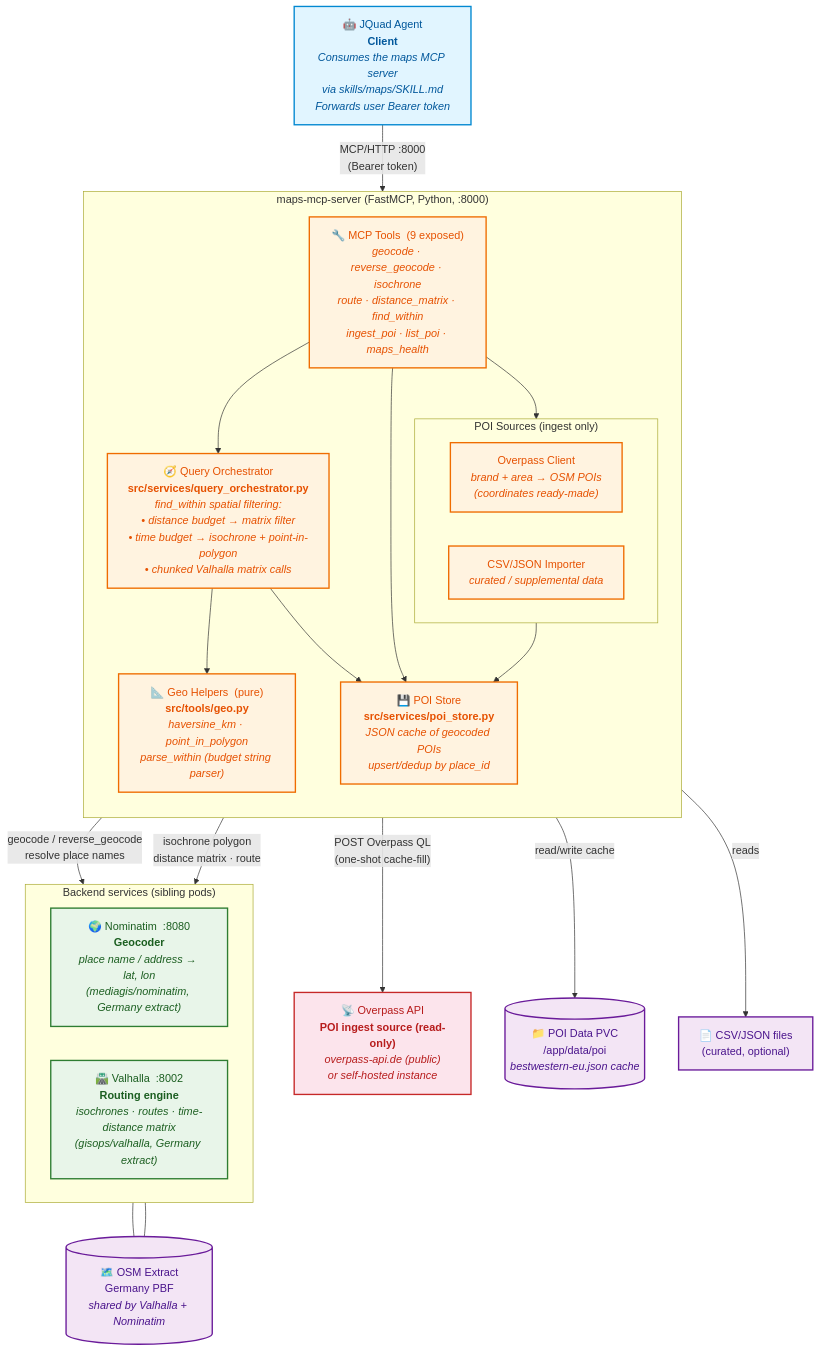
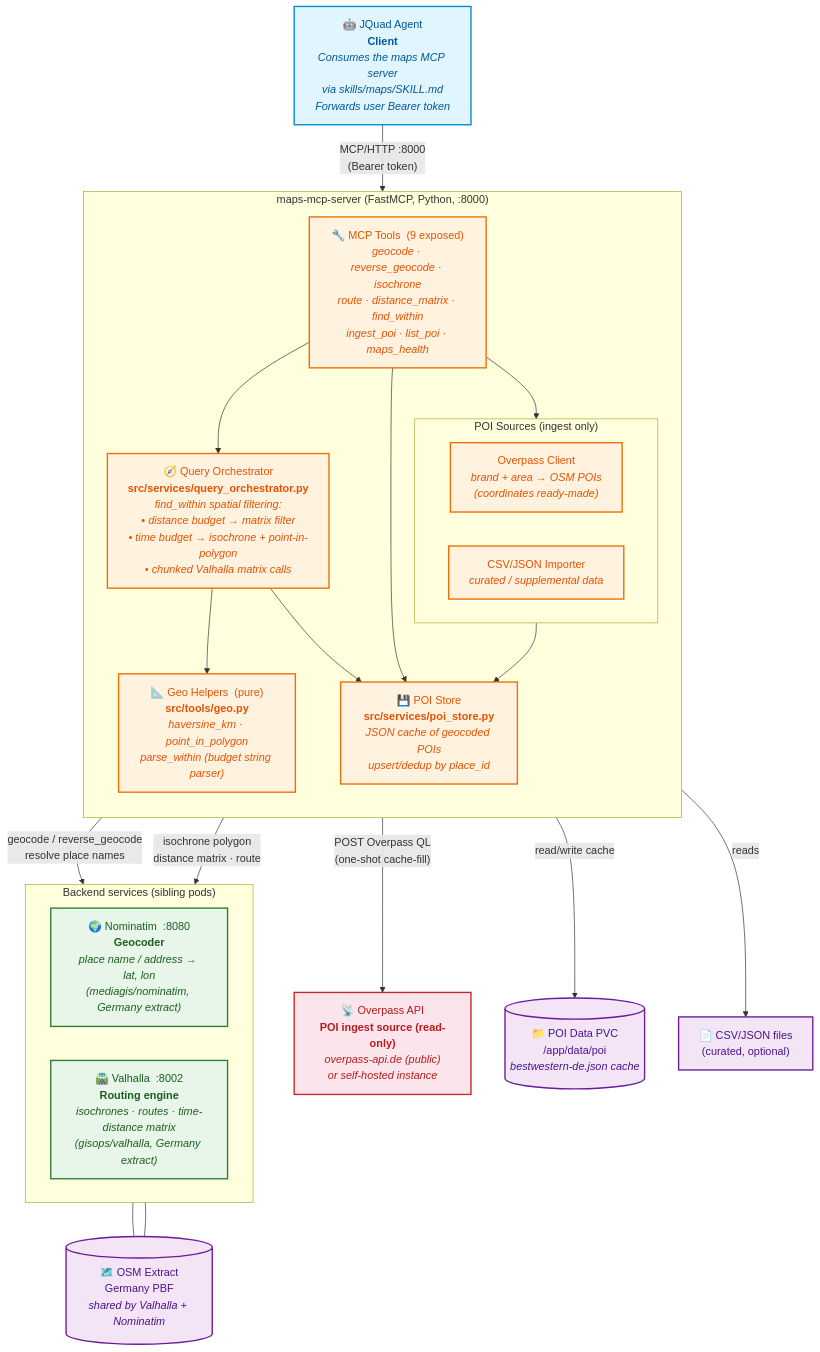
Before and after one commit to jquad-group/maps-mcp-server: the diagram in README.md, drawn with Mermaid. The commit also changed other lines of this file, not shown here.

First line of the commit message:
docs: update README — bestwestern-eu → bestwestern-de + auto-seed docs

````diff
--- a/README.md
+++ b/README.md
@@ -40,72 +40,72 @@
 ```mermaid
 flowchart TB
     %% ============ Client ============
     Agent["🤖 JQuad Agent<br/><b>Client</b><br/><i>Consumes the maps MCP server<br/>via skills/maps/SKILL.md<br/>Forwards user Bearer token</i>"]
 
     %% ============ The maps server ============
     subgraph MapsServer["maps-mcp-server  (FastMCP, Python, :8000)"]
         direction TB
 
         Tools["🔧 MCP Tools  (9 exposed)<br/><i>geocode · reverse_geocode · isochrone<br/>route · distance_matrix · find_within<br/>ingest_poi · list_poi · maps_health</i>"]
 
         Orchestrator["🧭 Query Orchestrator<br/><b>src/services/query_orchestrator.py</b><br/><i>find_within spatial filtering:<br/>• distance budget → matrix filter<br/>• time budget → isochrone + point-in-polygon<br/>• chunked Valhalla matrix calls</i>"]
 
         GeoHelpers["📐 Geo Helpers  (pure)<br/><b>src/tools/geo.py</b><br/><i>haversine_km · point_in_polygon<br/>parse_within (budget string parser)</i>"]
 
         POIStore["💾 POI Store<br/><b>src/services/poi_store.py</b><br/><i>JSON cache of geocoded POIs<br/>upsert/dedup by place_id</i>"]
 
         subgraph Sources["POI Sources  (ingest only)"]
             direction LR
             OverpassC["Overpass Client<br/><i>brand + area → OSM POIs<br/>(coordinates ready-made)</i>"]
             CSVImporter["CSV/JSON Importer<br/><i>curated / supplemental data</i>"]
         end
 
         Tools --> Orchestrator
         Tools --> POIStore
         Tools --> Sources
         Orchestrator --> GeoHelpers
         Orchestrator --> POIStore
         Sources --> POIStore
     end
 
     %% ============ Backends ============
     subgraph Backends["Backend services  (sibling pods)"]
         direction LR
         Nominatim["🌍 Nominatim  :8080<br/><b>Geocoder</b><br/><i>place name / address → lat, lon<br/>(mediagis/nominatim, Germany extract)</i>"]
         Valhalla["🛣️ Valhalla  :8002<br/><b>Routing engine</b><br/><i>isochrones · routes · time-distance matrix<br/>(gisops/valhalla, Germany extract)</i>"]
     end
 
     %% ============ External ============
     OverpassAPI["📡 Overpass API<br/><b>POI ingest source (read-only)</b><br/><i>overpass-api.de (public)<br/>or self-hosted instance</i>"]
 
     %% ============ Data stores ============
-    POIPVC[("📁 POI Data PVC<br/>/app/data/poi<br/><i>bestwestern-eu.json cache</i>")]
+    POIPVC[("📁 POI Data PVC<br/>/app/data/poi<br/><i>bestwestern-de.json cache</i>")]
     OSMData[("🗺️ OSM Extract<br/>Germany PBF<br/><i>shared by Valhalla + Nominatim</i>")]
 
     %% ============ Connections ============
     Agent -- "MCP/HTTP :8000<br/>(Bearer token)" --> Tools
 
     Tools -- "geocode / reverse_geocode<br/>resolve place names" --> Nominatim
     Orchestrator -- "isochrone polygon<br/>distance matrix · route" --> Valhalla
 
     OverpassC -- "POST Overpass QL<br/>(one-shot cache-fill)" --> OverpassAPI
     CSVImporter -- "reads" --> POISourceFiles["📄 CSV/JSON files<br/>(curated, optional)"]
 
     POIStore -- "read/write cache" --> POIPVC
     Nominatim --- OSMData
     Valhalla --- OSMData
 
     %% ============ Styling ============
     classDef client fill:#e1f5ff,stroke:#0288d1,stroke-width:2px,color:#01579b
     classDef server fill:#fff3e0,stroke:#ef6c00,stroke-width:2px,color:#e65100
     classDef backend fill:#e8f5e9,stroke:#2e7d32,stroke-width:2px,color:#1b5e20
     classDef external fill:#fce4ec,stroke:#c62828,stroke-width:2px,color:#b71c1c
     classDef store fill:#f3e5f5,stroke:#6a1b9a,stroke-width:2px,color:#4a148c
 
     class Agent client
     class Tools,Orchestrator,GeoHelpers,POIStore server
     class OverpassC,CSVImporter server
     class Nominatim,Valhalla backend
     class OverpassAPI external
     class POIPVC,OSMData,POISourceFiles store
 ```
````
